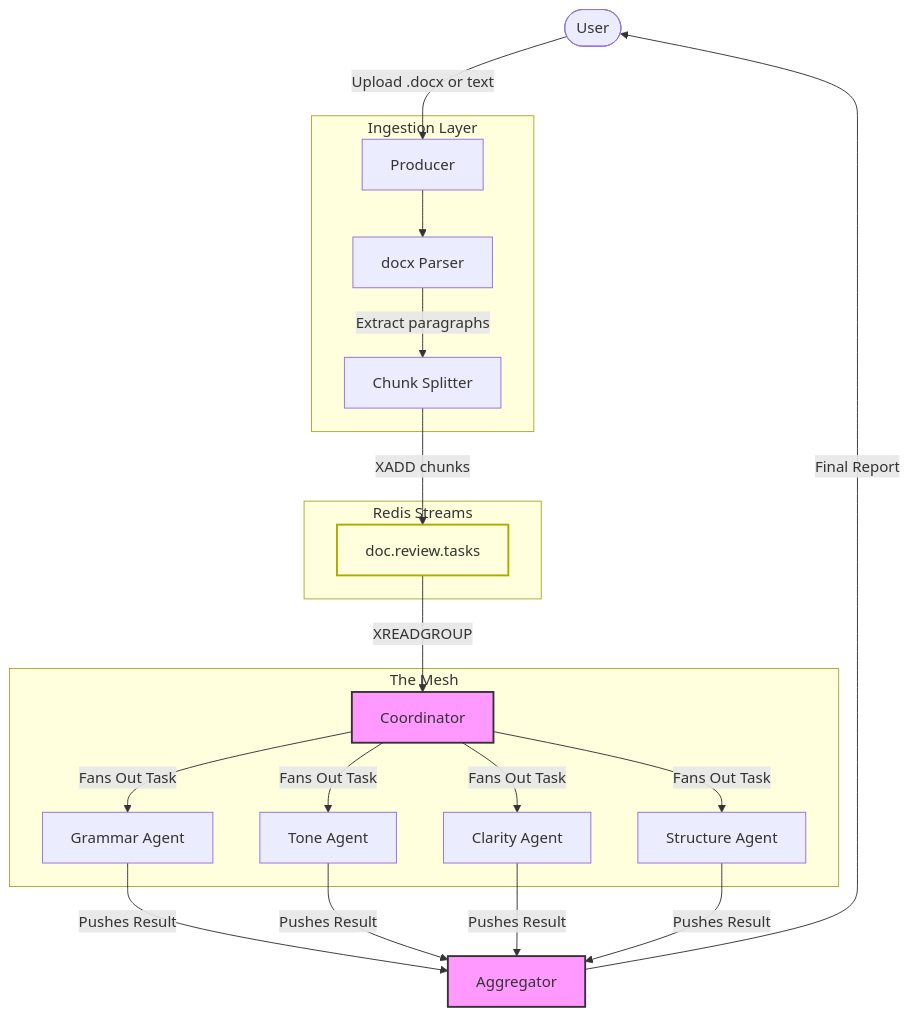
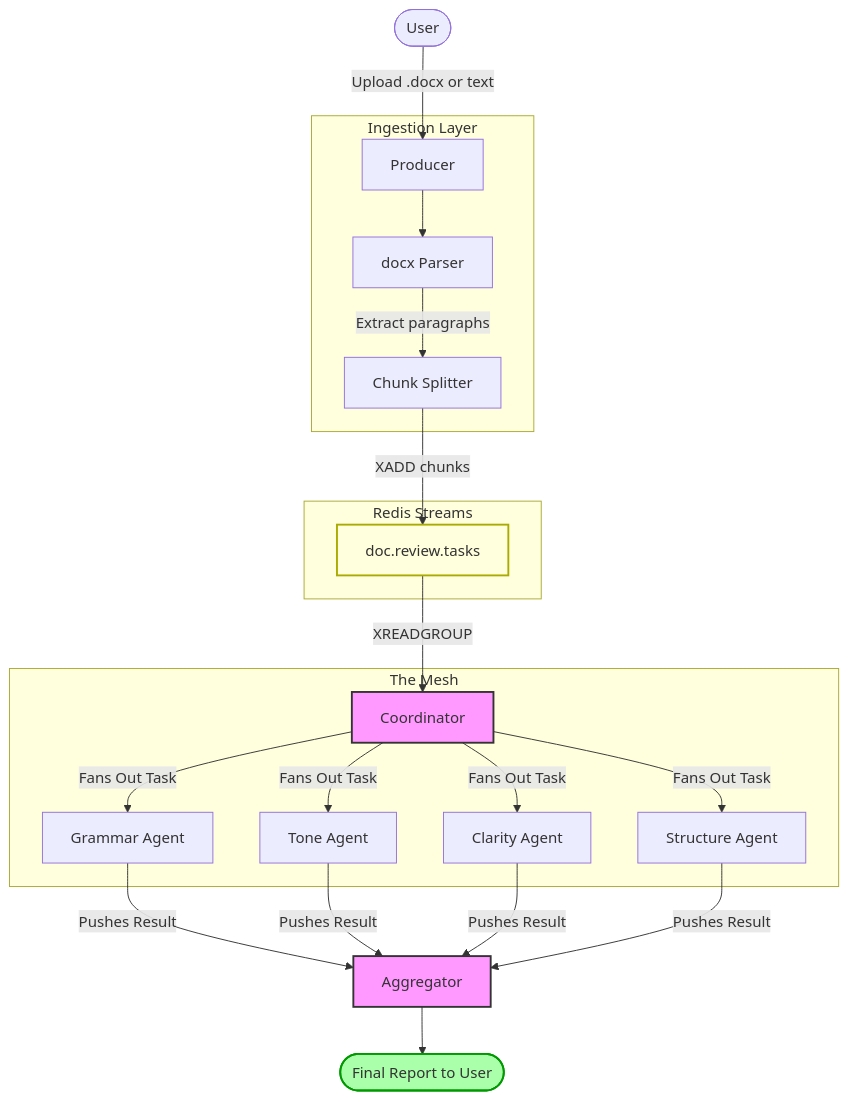
One commit to mehdi-mirzapour/agentic-mesh-tutorial changed the first of 2 diagrams in README.md. Above: the diagram before and after it, drawn with Mermaid. The commit also changed other lines of this file, not shown here.

Commit message:
fix: put User at top by removing cycle - end with Final Report terminal node

````diff
--- a/README.md
+++ b/README.md
@@ -26,43 +26,45 @@
 ```mermaid
 graph TD
     User([User])
 
     subgraph sg_ingest [Ingestion Layer]
         Prod[Producer]
         Parse[docx Parser]
         Split[Chunk Splitter]
     end
 
     subgraph sg_redis [Redis Streams]
         RS[doc.review.tasks]
     end
 
     subgraph sg_mesh [The Mesh]
         C[Coordinator]
         G[Grammar Agent]
         T[Tone Agent]
         Cl[Clarity Agent]
         S[Structure Agent]
     end
 
     A[Aggregator]
+    Out([Final Report to User])
 
     User -->|Upload .docx or text| Prod
     Prod --> Parse
     Parse -->|Extract paragraphs| Split
     Split -->|XADD chunks| RS
     RS -->|XREADGROUP| C
     C -->|Fans Out Task| G
     C -->|Fans Out Task| T
     C -->|Fans Out Task| Cl
     C -->|Fans Out Task| S
     G -->|Pushes Result| A
     T -->|Pushes Result| A
     Cl -->|Pushes Result| A
     S -->|Pushes Result| A
-    A -->|Final Report| User
+    A --> Out
 
     style C fill:#f9f,stroke:#333,stroke-width:2px
     style A fill:#f9f,stroke:#333,stroke-width:2px
     style RS fill:#ffd,stroke:#aa0,stroke-width:2px
+    style Out fill:#afa,stroke:#090,stroke-width:2px
 ```
````
